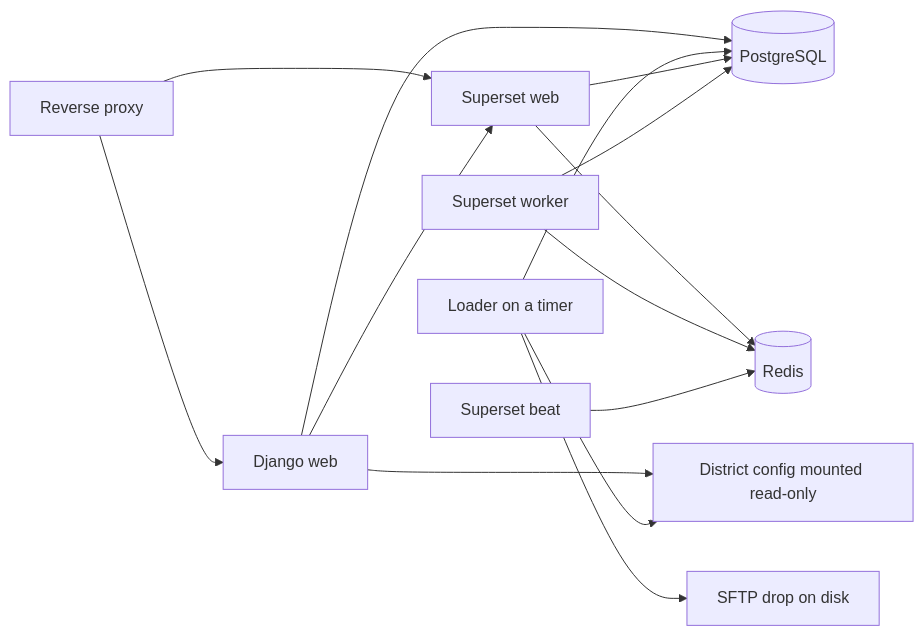
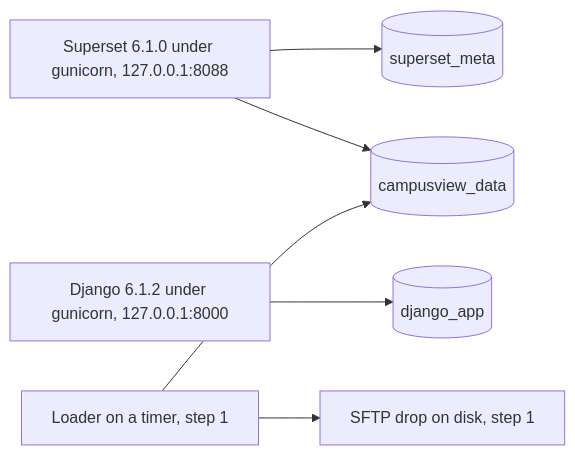
One commit to adukes40/campusview changed the second of 2 diagrams in docs/ARCHITECTURE.md. Above: the diagram before and after it, drawn with Mermaid. The commit also changed other lines of this file and 16 other files, not shown here.

First line of the commit message:
docs: switch v1 to plain Superset (no Django UI, no Redis/Celery)

````diff
--- a/docs/ARCHITECTURE.md
+++ b/docs/ARCHITECTURE.md
@@ -210,27 +164,16 @@
 ```mermaid
 flowchart LR
-  proxy[Reverse proxy]
-  web[Django web]
-  loader[Loader on a timer]
-  db[(PostgreSQL)]
-  ss[Superset web]
-  worker[Superset worker]
-  beat[Superset beat]
-  redis[(Redis)]
-  drop[SFTP drop on disk]
-  district[District config mounted read-only]
+  ss[Superset 6.1.0 under gunicorn, 127.0.0.1:8088]
+  dj[Django 6.1.2 under gunicorn, 127.0.0.1:8000]
+  meta[(superset_meta)]
+  djdb[(django_app)]
+  data[(campusview_data)]
+  loader[Loader on a timer, step 1]
+  drop[SFTP drop on disk, step 1]
 
-  proxy --> web
-  proxy --> ss
-  web --> db
-  web --> ss
-  web --> district
+  ss --> meta
+  ss --> data
+  dj --> djdb
   loader --> drop
-  loader --> district
-  loader --> db
-  ss --> db
-  ss --> redis
-  worker --> redis
-  worker --> db
-  beat --> redis
+  loader --> data
 ```
````
